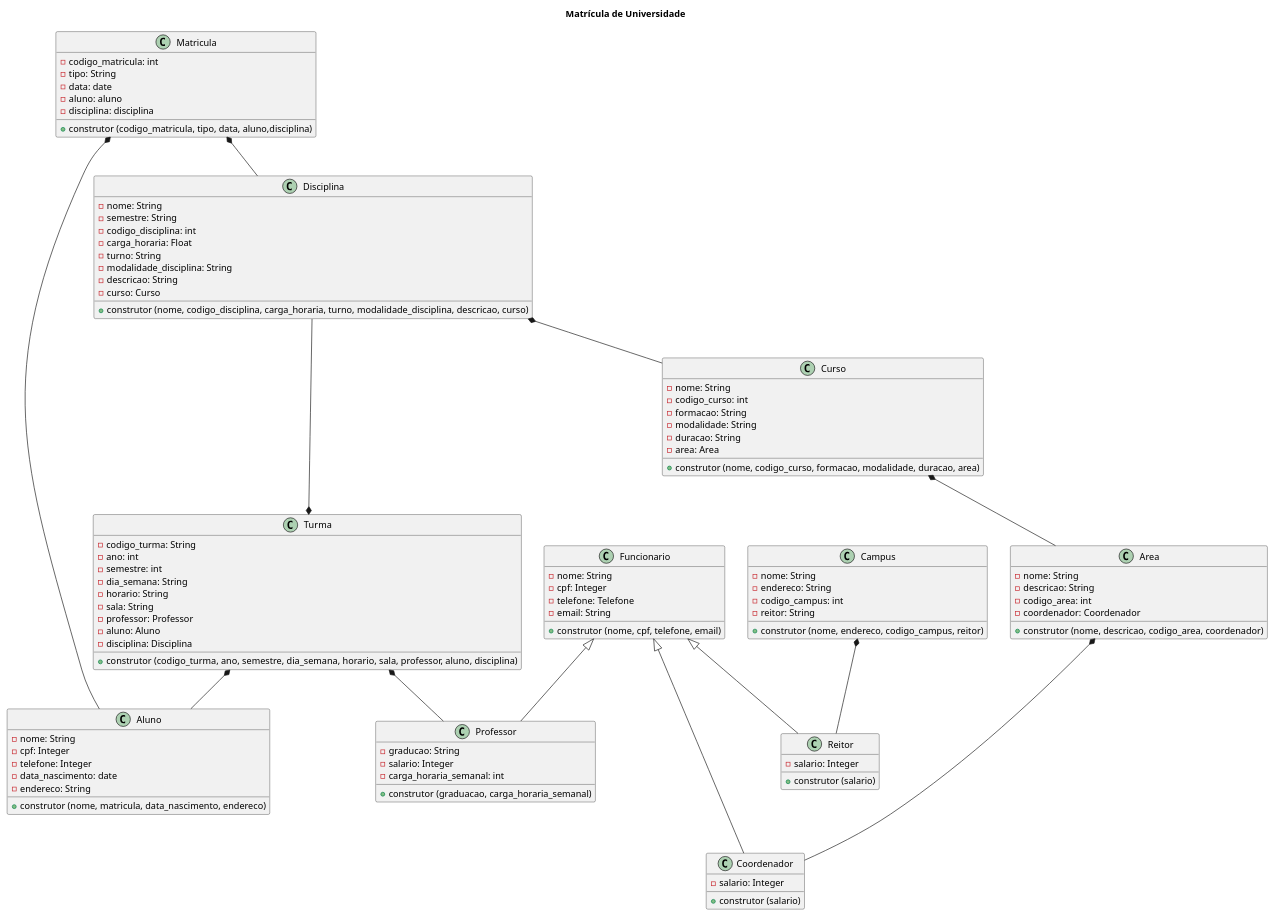
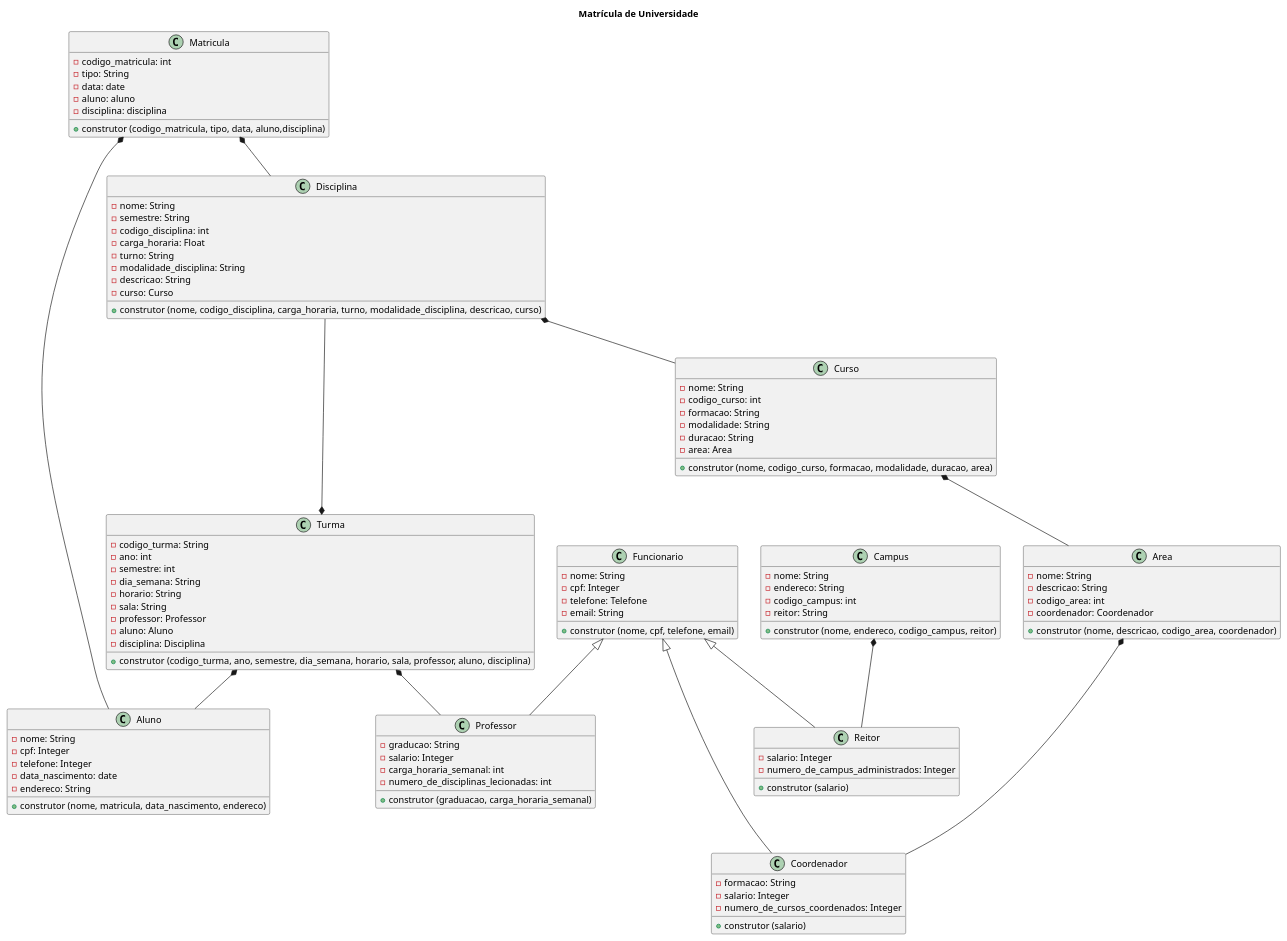
Before and after one commit to anleaes/2022-1-N2-POO-05: the diagram in diagrama.plantuml, drawn with PlantUML. The commit also changed 4 other files, not shown here.

Commit message:
ajeitei o diagrama conforme as mudanças feitas nas classes

```diff
--- a/diagrama.plantuml
+++ b/diagrama.plantuml
@@ -1,113 +1,117 @@
 @startuml
 
 title Matrícula de Universidade
 
 class Aluno{
     - nome: String
     - cpf: Integer
     - telefone: Integer
     - data_nascimento: date
     - endereco: String
     + construtor (nome, matricula, data_nascimento, endereco)
 }
 
 class Funcionario{
     - nome: String
     - cpf: Integer
     - telefone: Telefone
     - email: String
     + construtor (nome, cpf, telefone, email)
 }
 
 class Professor{
     - graducao: String
     - salario: Integer
     - carga_horaria_semanal: int
+    - numero_de_disciplinas_lecionadas: int
     + construtor (graduacao, carga_horaria_semanal)
 }
 
 class Coordenador{
+    - formacao: String
     - salario: Integer
+    - numero_de_cursos_coordenados: Integer
     + construtor (salario)
 }
 
 class Reitor{
-    -salario: Integer
+    - salario: Integer
+    - numero_de_campus_administrados: Integer
     + construtor (salario)
 }
 
 class Turma{
     - codigo_turma: String
     - ano: int
     - semestre: int
     - dia_semana: String
     - horario: String
     - sala: String
     - professor: Professor
     - aluno: Aluno
     - disciplina: Disciplina
     + construtor (codigo_turma, ano, semestre, dia_semana, horario, sala, professor, aluno, disciplina)
 }
 
 class Matricula{
     - codigo_matricula: int
     - tipo: String
     - data: date
     - aluno: aluno
     - disciplina: disciplina
     + construtor (codigo_matricula, tipo, data, aluno,disciplina)
 }
 
 
 class Disciplina{
     - nome: String
     - semestre: String
     - codigo_disciplina: int
     - carga_horaria: Float
     - turno: String
     - modalidade_disciplina: String
     - descricao: String
     - curso: Curso
     + construtor (nome, codigo_disciplina, carga_horaria, turno, modalidade_disciplina, descricao, curso)
 }
 
 class Curso{
     - nome: String  
     - codigo_curso: int
     - formacao: String
     - modalidade: String
     - duracao: String
     - area: Area
     + construtor (nome, codigo_curso, formacao, modalidade, duracao, area)
 }
 
 class Area{
     - nome: String
     - descricao: String
     - codigo_area: int
     - coordenador: Coordenador
     + construtor (nome, descricao, codigo_area, coordenador)
 }
 
 class Campus{
     - nome: String
     - endereco: String
     - codigo_campus: int
     - reitor: String
     + construtor (nome, endereco, codigo_campus, reitor)
 }
 
 Funcionario <|-- Professor
 Funcionario <|-- Coordenador
 Funcionario <|-- Reitor
 Turma *-- Aluno
 Turma *-- Professor
 Turma *---up Disciplina
 Campus *-- Reitor
 Disciplina *-- Curso
 Curso *-- Area
 Area *--- Coordenador
 Matricula *-- Aluno
 Matricula *-- Disciplina
 
 @enduml
```
